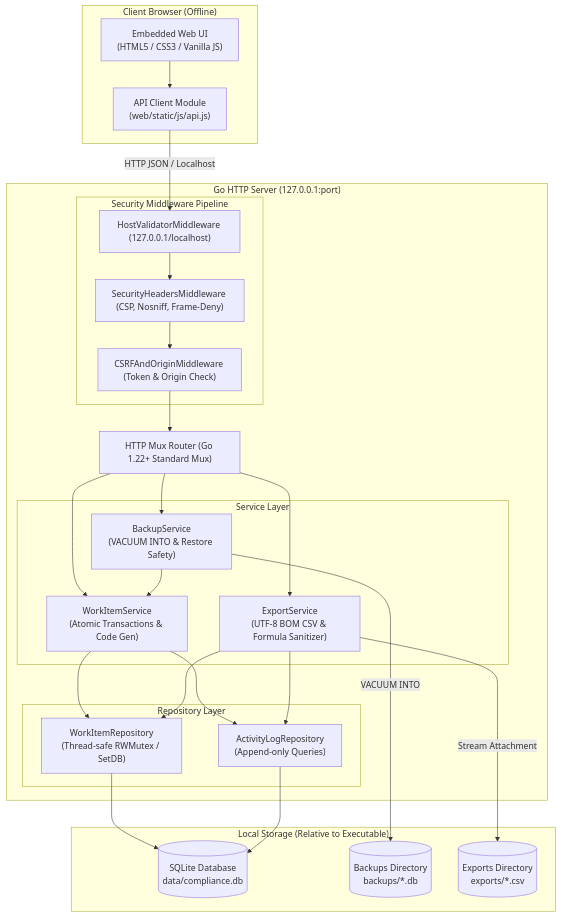
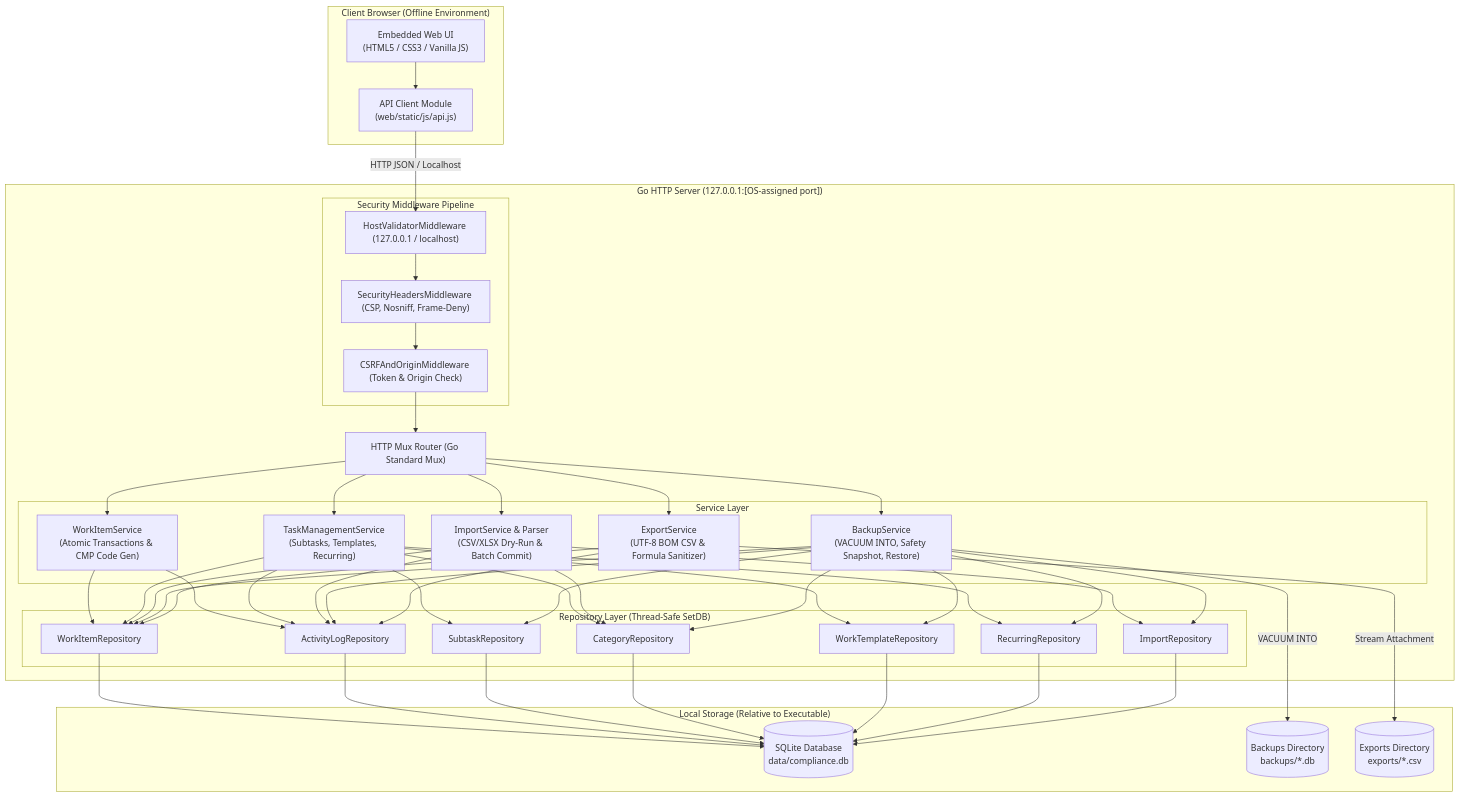
One commit to shotlord/ComplianceWorkspace changed the diagram in docs/ARCHITECTURE.md. Above: the diagram before and after it, drawn with Mermaid. The commit also changed other lines of this file and 18 other files, not shown here.

````diff
--- a/docs/ARCHITECTURE.md
+++ b/docs/ARCHITECTURE.md
@@ -22,29 +23,36 @@
 ```mermaid
 flowchart TD
-    subgraph Client ["Client Browser (Offline)"]
+    subgraph Client ["Client Browser (Offline Environment)"]
         UI["Embedded Web UI\n(HTML5 / CSS3 / Vanilla JS)"]
         APIClient["API Client Module\n(web/static/js/api.js)"]
         UI --> APIClient
     end
 
-    subgraph Server ["Go HTTP Server (127.0.0.1:port)"]
-        Router["HTTP Mux Router (Go 1.22+ Standard Mux)"]
+    subgraph Server ["Go HTTP Server (127.0.0.1:[OS-assigned port])"]
+        Router["HTTP Mux Router (Go Standard Mux)"]
         
         subgraph Middlewares ["Security Middleware Pipeline"]
-            MW_Host["HostValidatorMiddleware (127.0.0.1/localhost)"]
+            MW_Host["HostValidatorMiddleware (127.0.0.1 / localhost)"]
             MW_Sec["SecurityHeadersMiddleware (CSP, Nosniff, Frame-Deny)"]
             MW_CSRF["CSRFAndOriginMiddleware (Token & Origin Check)"]
         end
 
         subgraph Services ["Service Layer"]
-            WIS["WorkItemService\n(Atomic Transactions & Code Gen)"]
-            BS["BackupService\n(VACUUM INTO & Restore Safety)"]
+            WIS["WorkItemService\n(Atomic Transactions & CMP Code Gen)"]
+            TMS["TaskManagementService\n(Subtasks, Templates, Recurring)"]
+            IS["ImportService & Parser\n(CSV/XLSX Dry-Run & Batch Commit)"]
+            BS["BackupService\n(VACUUM INTO, Safety Snapshot, Restore)"]
             ES["ExportService\n(UTF-8 BOM CSV & Formula Sanitizer)"]
         end
 
-        subgraph Repositories ["Repository Layer"]
-            WIR["WorkItemRepository\n(Thread-safe RWMutex / SetDB)"]
-            ALR["ActivityLogRepository\n(Append-only Queries)"]
+        subgraph Repositories ["Repository Layer (Thread-Safe SetDB)"]
+            WIR["WorkItemRepository"]
+            ALR["ActivityLogRepository"]
+            STR["SubtaskRepository"]
+            CTR["CategoryRepository"]
+            TPLR["WorkTemplateRepository"]
+            RCR["RecurringRepository"]
+            IMPR["ImportRepository"]
         end
     end
 
@@ -60,17 +68,41 @@
     MW_CSRF --> Router
 
     Router --> WIS
+    Router --> TMS
+    Router --> IS
     Router --> BS
     Router --> ES
 
     WIS --> WIR
     WIS --> ALR
-    BS --> WIS
+    TMS --> STR
+    TMS --> CTR
+    TMS --> TPLR
+    TMS --> RCR
+    TMS --> WIR
+    TMS --> ALR
+    IS --> IMPR
+    IS --> WIR
+    IS --> CTR
+    IS --> ALR
+    BS --> WIR
+    BS --> ALR
+    BS --> STR
+    BS --> CTR
+    BS --> TPLR
+    BS --> RCR
+    BS --> IMPR
     ES --> WIR
     ES --> ALR
 
     WIR --> DB
     ALR --> DB
+    STR --> DB
+    CTR --> DB
+    TPLR --> DB
+    RCR --> DB
+    IMPR --> DB
+
     BS -- "VACUUM INTO" --> Backups
     ES -- "Stream Attachment" --> Exports
 ```
````
